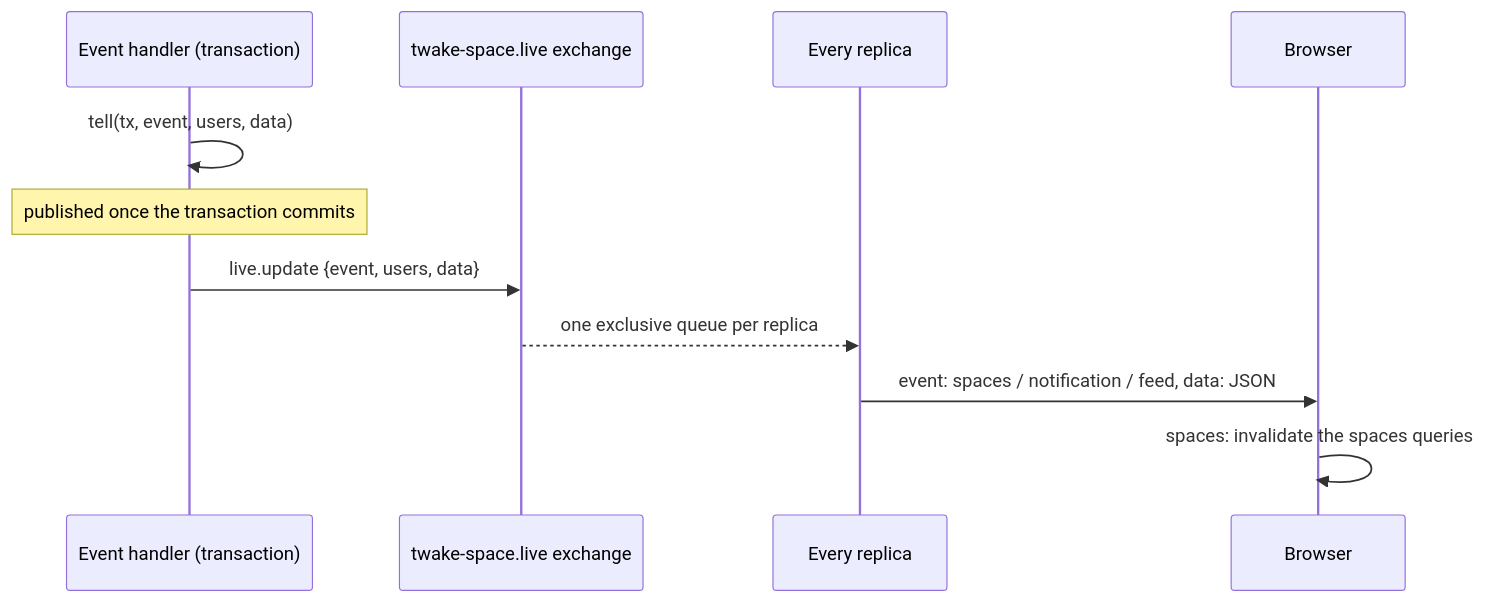
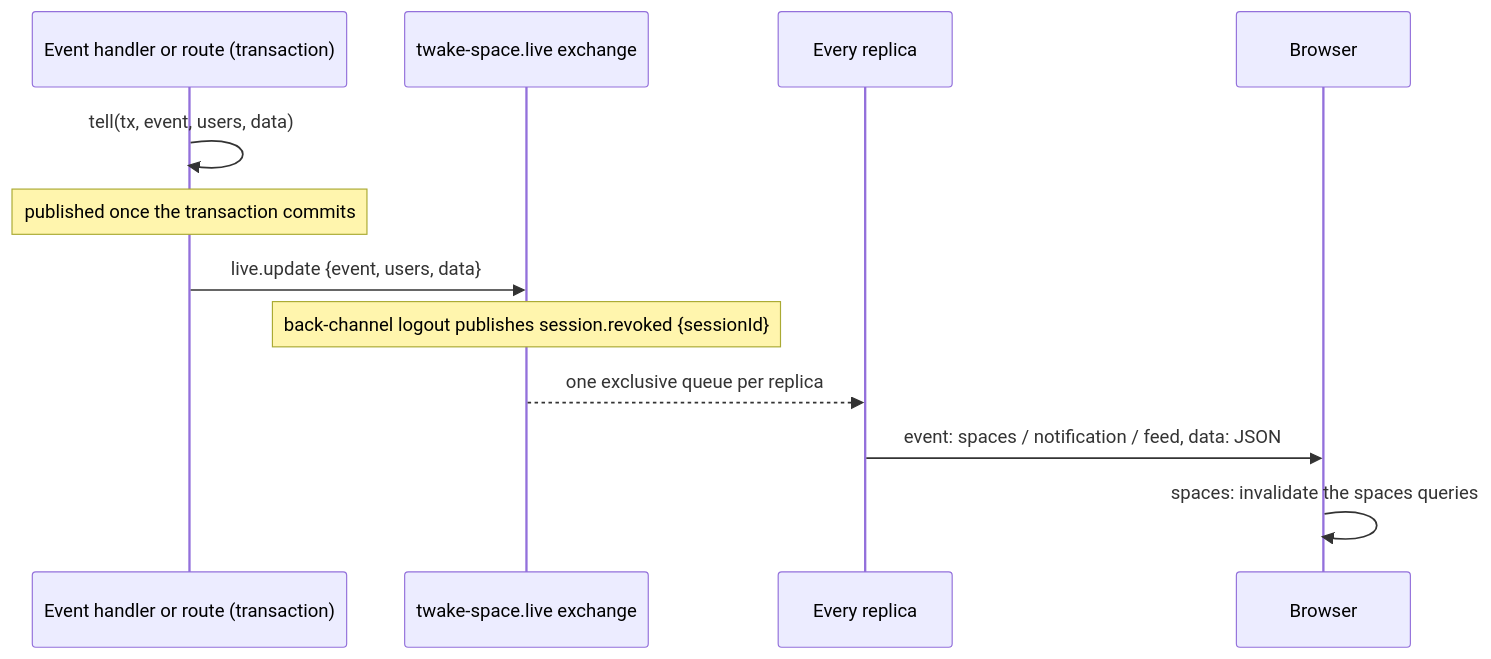
One commit to linagora/twake-space changed the fifth of 5 diagrams in docs/events.md. Above: the diagram before and after it, drawn with Mermaid. The commit also changed other lines of this file and 5 other files, not shown here.

````diff
--- a/docs/events.md
+++ b/docs/events.md
@@ -303,13 +310,14 @@
 ```mermaid
 sequenceDiagram
-  participant H as Event handler (transaction)
+  participant H as Event handler or route (transaction)
   participant K as twake-space.live exchange
   participant R as Every replica
   participant FE as Browser
   H->>H: tell(tx, event, users, data)
   Note over H: published once the transaction commits
   H->>K: live.update {event, users, data}
+  Note over K: back-channel logout publishes session.revoked {sessionId}
   K-->>R: one exclusive queue per replica
   R->>FE: event: spaces / notification / feed, data: JSON
   FE->>FE: spaces: invalidate the spaces queries
 ```
````
